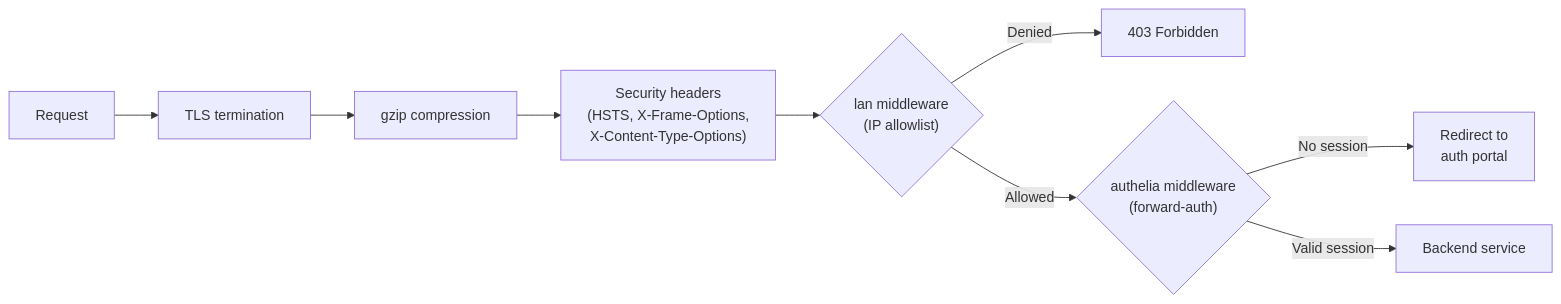
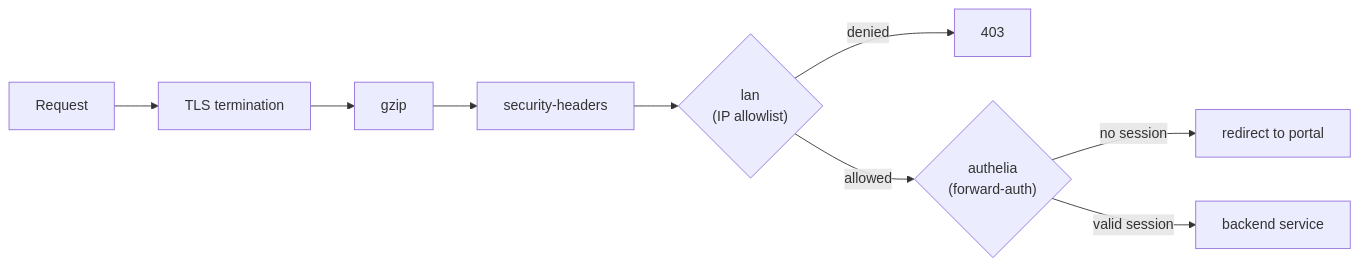
The second of 2 diagrams in docs/SECURITY.md (florianajir/pi-web), drawn with Mermaid before and after one commit. The commit also changed other lines of this file and 15 other files, not shown here.

````diff
--- a/docs/SECURITY.md
+++ b/docs/SECURITY.md
@@ -121,11 +109,11 @@
 ```mermaid
 flowchart LR
     R[Request] --> TLS["TLS termination"]
-    TLS --> Compress["gzip compression"]
-    Compress --> Headers["Security headers\n(HSTS, X-Frame-Options,\nX-Content-Type-Options)"]
-    Headers --> LAN{"lan middleware\n(IP allowlist)"}
-    LAN -->|Denied| Block[403 Forbidden]
-    LAN -->|Allowed| Auth{"authelia middleware\n(forward-auth)"}
-    Auth -->|No session| Login["Redirect to\nauth portal"]
-    Auth -->|Valid session| Backend["Backend service"]
+    TLS --> Compress["gzip"]
+    Compress --> Headers["security-headers"]
+    Headers --> LAN{"lan\n(IP allowlist)"}
+    LAN -->|denied| Block[403]
+    LAN -->|allowed| Auth{"authelia\n(forward-auth)"}
+    Auth -->|no session| Login["redirect to portal"]
+    Auth -->|valid session| Backend["backend service"]
 ```
````
